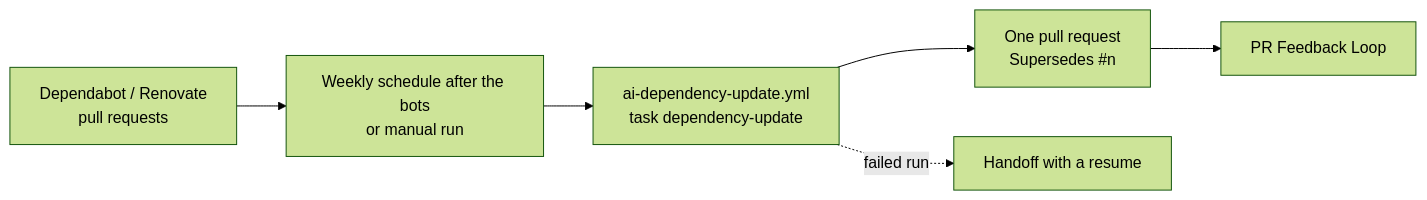
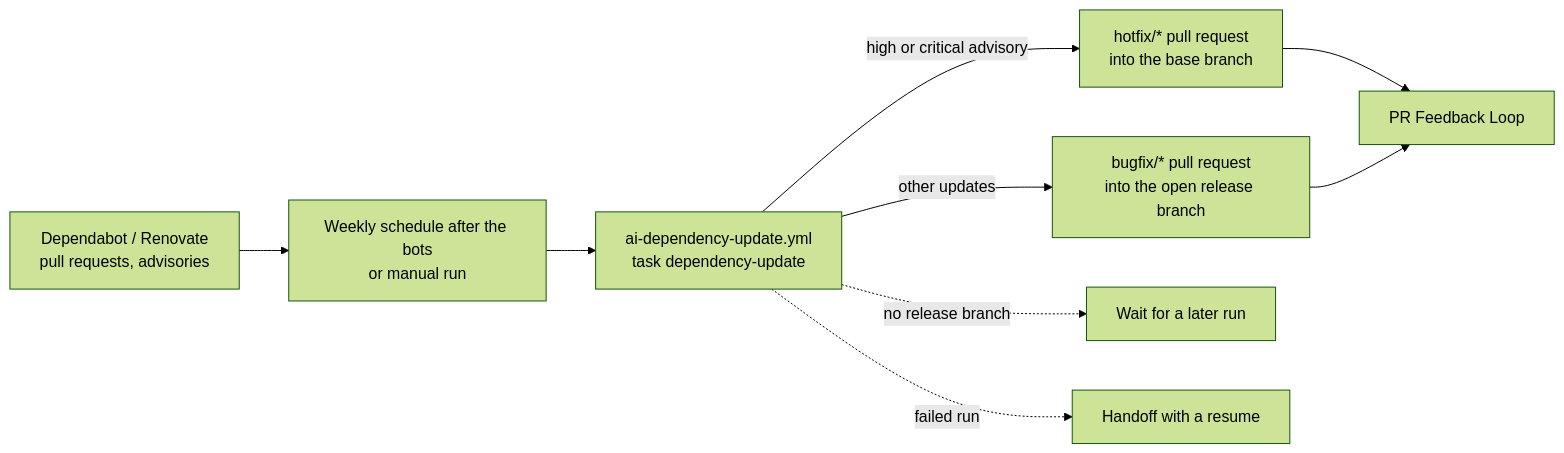
The eighth of 9 diagrams in README.md (fbrissi/github-actions), drawn with Mermaid (forest theme) before and after one commit. The commit also changed other lines of this file and 5 other files, not shown here.

````diff
--- a/README.md
+++ b/README.md
@@ -1258,8 +1262,11 @@
 ```mermaid
 flowchart LR
-  bots["Dependabot / Renovate<br/>pull requests"] --> cron["Weekly schedule after the bots<br/>or manual run"]
+  bots["Dependabot / Renovate<br/>pull requests, advisories"] --> cron["Weekly schedule after the bots<br/>or manual run"]
   cron --> run["ai-dependency-update.yml<br/>task dependency-update"]
-  run --> pr["One pull request<br/>Supersedes #n"]
-  pr --> loop["PR Feedback Loop"]
+  run -- "high or critical advisory" --> hf["hotfix/* pull request<br/>into the base branch"]
+  run -- "other updates" --> bf["bugfix/* pull request<br/>into the open release branch"]
+  run -. "no release branch" .-> wait["Wait for a later run"]
+  hf --> loop["PR Feedback Loop"]
+  bf --> loop
   run -. "failed run" .-> ho["Handoff with a resume"]
 ```
````
